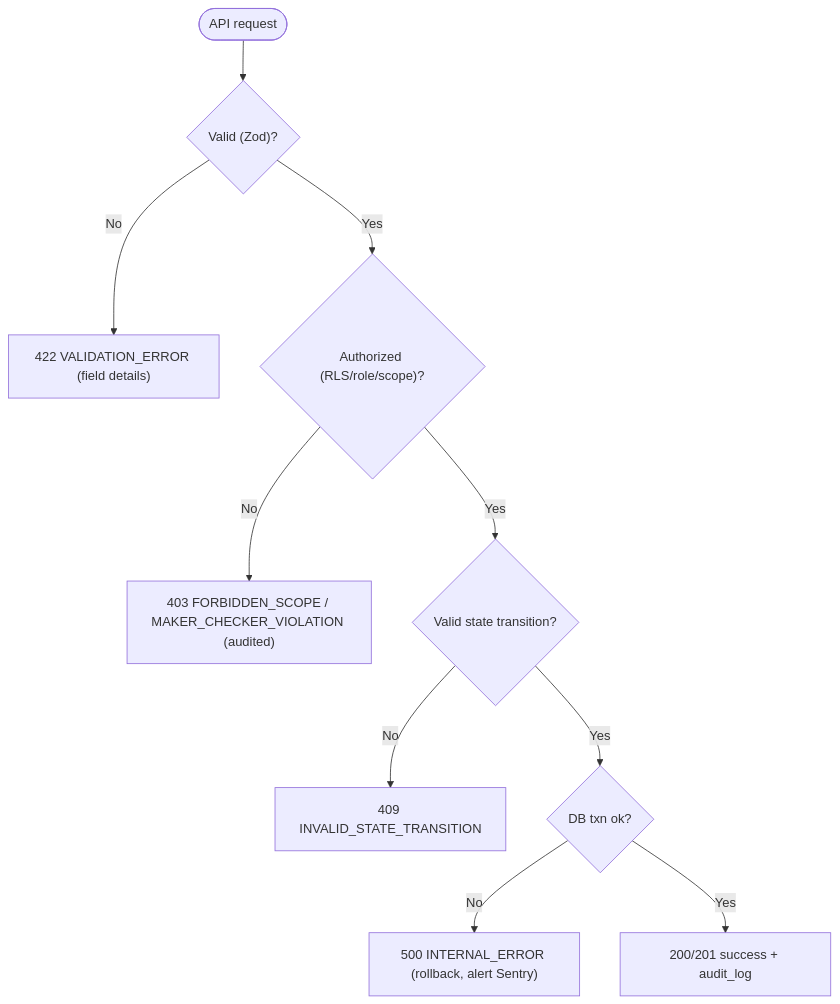
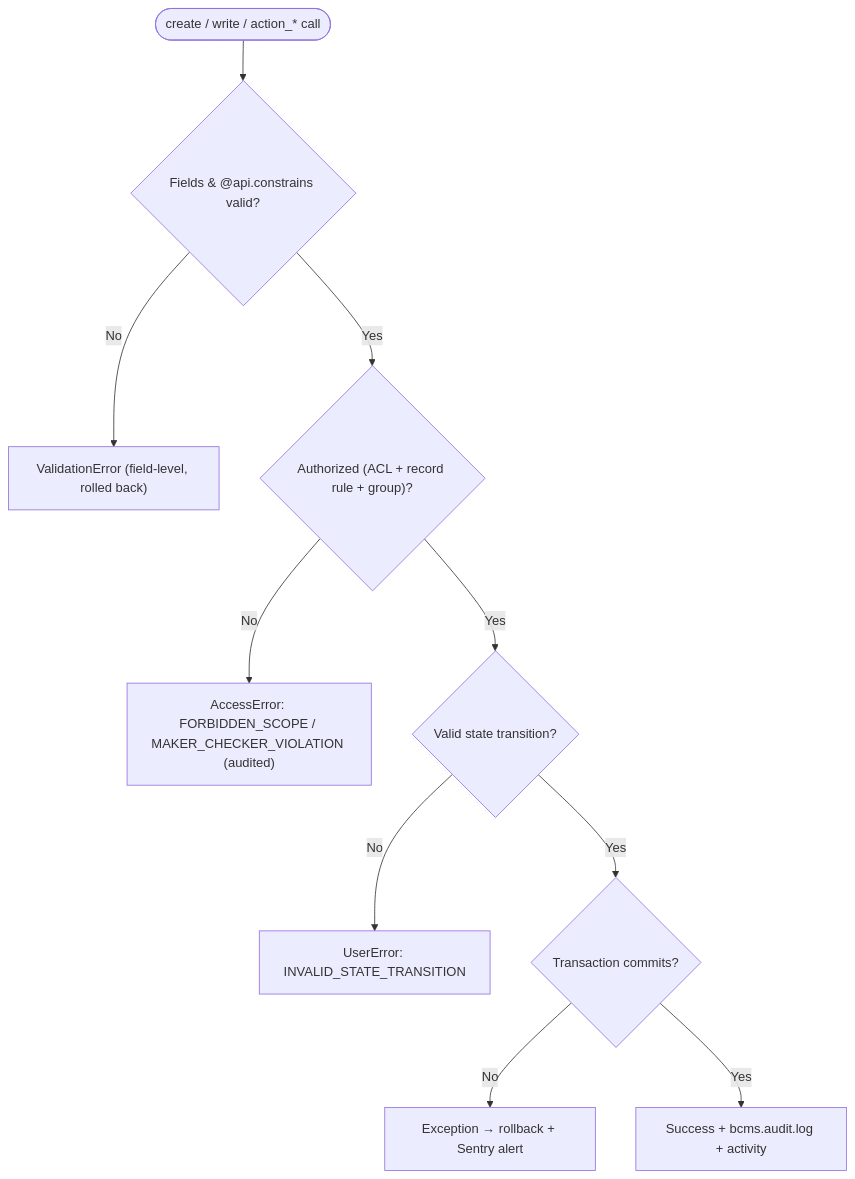
The diagram in docs/diagrams/error-flow.md (arunideen/branch-cash-management-system-odoo), drawn with Mermaid before and after one commit. The commit also changed 53 other files, not shown here.

````diff
--- a/docs/diagrams/error-flow.md
+++ b/docs/diagrams/error-flow.md
@@ -5,12 +5,12 @@
 ```mermaid
 flowchart TD
-    R([API request]) --> V{"Valid (Zod)?"}
-    V -->|No| E422["422 VALIDATION_ERROR (field details)"]
-    V -->|Yes| AZ{"Authorized (RLS/role/scope)?"}
-    AZ -->|No| E403["403 FORBIDDEN_SCOPE / MAKER_CHECKER_VIOLATION (audited)"]
+    R([create / write / action_* call]) --> V{"Fields & @api.constrains valid?"}
+    V -->|No| E422["ValidationError (field-level, rolled back)"]
+    V -->|Yes| AZ{"Authorized (ACL + record rule + group)?"}
+    AZ -->|No| E403["AccessError: FORBIDDEN_SCOPE / MAKER_CHECKER_VIOLATION (audited)"]
     AZ -->|Yes| ST{"Valid state transition?"}
-    ST -->|No| E409["409 INVALID_STATE_TRANSITION"]
-    ST -->|Yes| TX{"DB txn ok?"}
-    TX -->|No| E500["500 INTERNAL_ERROR (rollback, alert Sentry)"]
-    TX -->|Yes| OK["200/201 success + audit_log"]
+    ST -->|No| E409["UserError: INVALID_STATE_TRANSITION"]
+    ST -->|Yes| TX{"Transaction commits?"}
+    TX -->|No| E500["Exception → rollback + Sentry alert"]
+    TX -->|Yes| OK["Success + bcms.audit.log + activity"]
 ```
````
